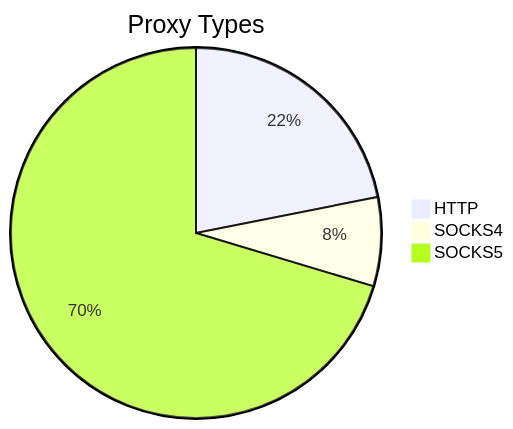
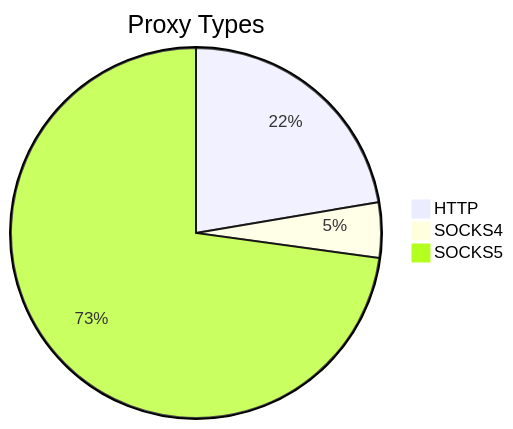
The first of 2 diagrams in README.md (stormsia/proxy-list), drawn with Mermaid before and after one commit. The commit also changed other lines of this file, not shown here.

````diff
--- a/README.md
+++ b/README.md
@@ -21,6 +21,6 @@
 ```mermaid
 pie title Proxy Types
-    "HTTP" : 223
-    "SOCKS4" : 79
-    "SOCKS5" : 717
+    "HTTP" : 88
+    "SOCKS4" : 19
+    "SOCKS5" : 287
 ```
````
